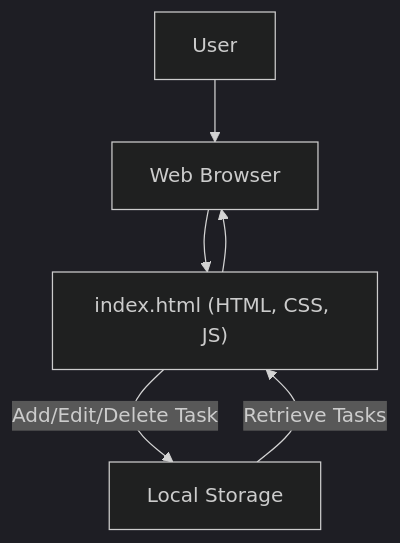
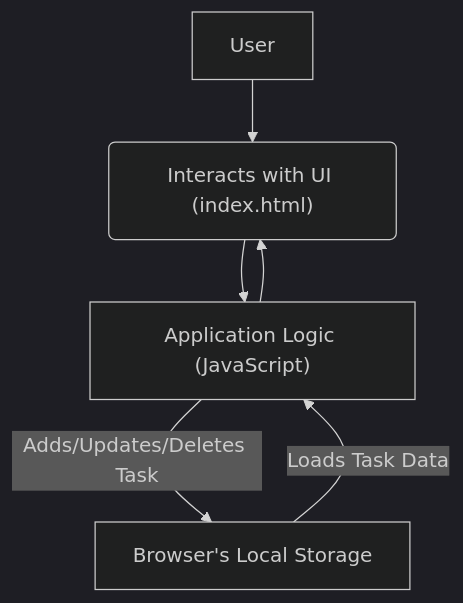
The diagram in README.md (grewal16/to-do), drawn with Mermaid (dark theme) before and after one commit. The commit also changed other lines of this file, not shown here.

````diff
--- a/README.md
+++ b/README.md
@@ -37,8 +43,8 @@
 ```mermaid
 graph TD
-    A["User"] --> B["Web Browser"];
-    B --> C["index.html (HTML, CSS, JS)"];
-    C -- "Add/Edit/Delete Task" --> D["Local Storage"];
-    D -- "Retrieve Tasks" --> C;
+    A["User"] --> B("Interacts with UI (index.html)");
+    B --> C["Application Logic (JavaScript)"];
+    C -- "Adds/Updates/Deletes Task" --> D["Browser's Local Storage"];
+    D -- "Loads Task Data" --> C;
     C --> B;
 ```
````
